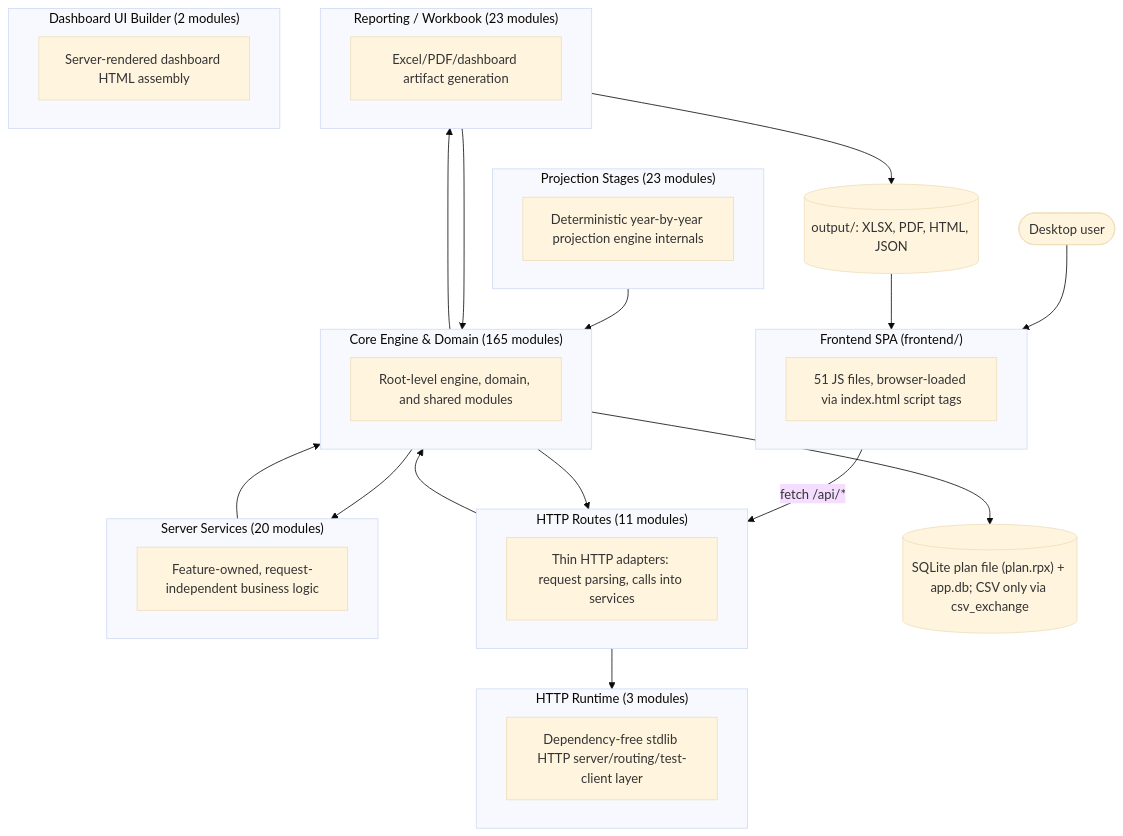
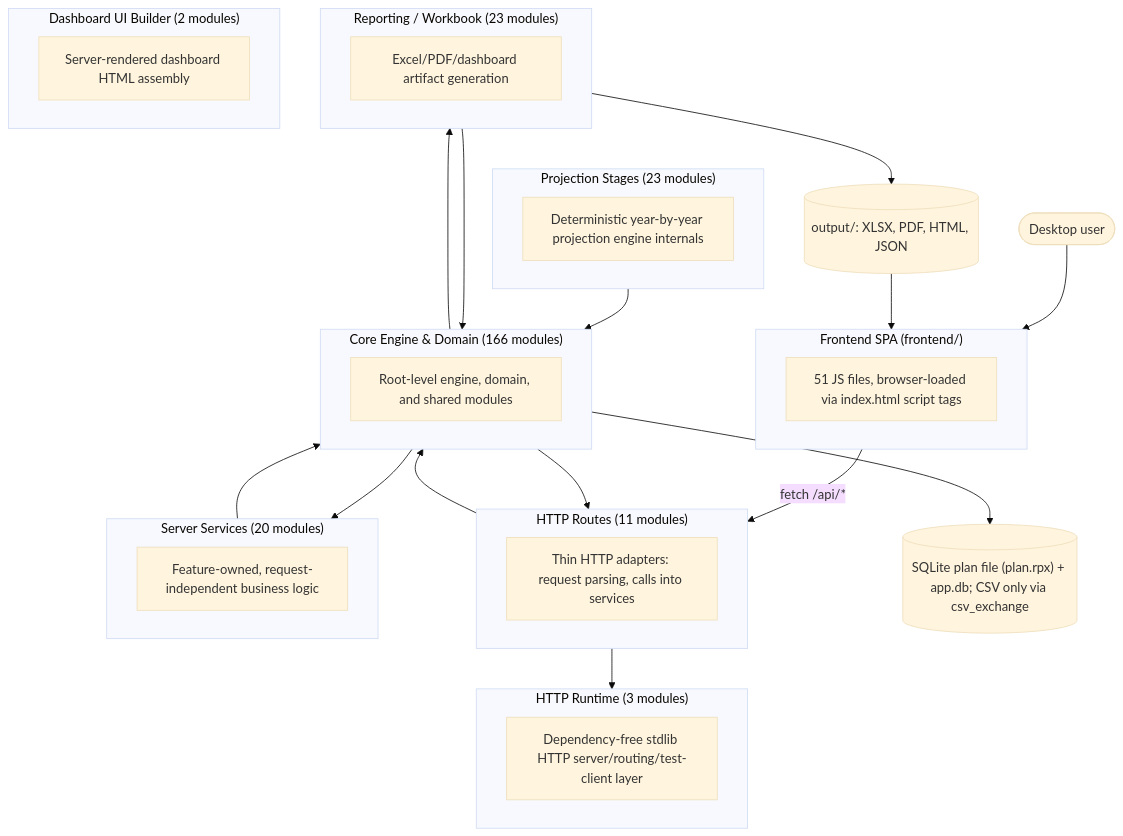
One commit to matthartzman/retirement_system changed the first of 2 diagrams in documentation/reference/SYSTEM_ARCHITECTURE_DIAGRAM.md. Above: the diagram before and after it, drawn with Mermaid (base theme). The commit also changed other lines of this file and 9 other files, not shown here.

````diff
--- a/documentation/reference/SYSTEM_ARCHITECTURE_DIAGRAM.md
+++ b/documentation/reference/SYSTEM_ARCHITECTURE_DIAGRAM.md
@@ -11,40 +11,40 @@
 ```mermaid
 flowchart TB
     User(["Desktop user"]) --> FE
     subgraph FE["Frontend SPA (frontend/)"]
         FEcount["51 JS files, browser-loaded via index.html script tags"]
     end
     FE -->|fetch /api/*| L_HTTP_Routes
     subgraph L_HTTP_Routes["HTTP Routes (11 modules)"]
         L_HTTP_Routes_d["Thin HTTP adapters: request parsing, calls into services"]
     end
     subgraph L_Server_Services["Server Services (20 modules)"]
         L_Server_Services_d["Feature-owned, request-independent business logic"]
     end
     subgraph L_HTTP_Runtime["HTTP Runtime (3 modules)"]
         L_HTTP_Runtime_d["Dependency-free stdlib HTTP server/routing/test-client layer"]
     end
-    subgraph L_Core_Engine___Domain["Core Engine & Domain (165 modules)"]
+    subgraph L_Core_Engine___Domain["Core Engine & Domain (166 modules)"]
         L_Core_Engine___Domain_d["Root-level engine, domain, and shared modules"]
     end
     subgraph L_Projection_Stages["Projection Stages (23 modules)"]
         L_Projection_Stages_d["Deterministic year-by-year projection engine internals"]
     end
     subgraph L_Reporting___Workbook["Reporting / Workbook (23 modules)"]
         L_Reporting___Workbook_d["Excel/PDF/dashboard artifact generation"]
     end
     subgraph L_Dashboard_UI_Builder["Dashboard UI Builder (2 modules)"]
         L_Dashboard_UI_Builder_d["Server-rendered dashboard HTML assembly"]
     end
     L_Core_Engine___Domain --> L_HTTP_Routes
     L_Core_Engine___Domain --> L_Reporting___Workbook
     L_Core_Engine___Domain --> L_Server_Services
     L_HTTP_Routes --> L_Core_Engine___Domain
     L_HTTP_Routes --> L_HTTP_Runtime
     L_Projection_Stages --> L_Core_Engine___Domain
     L_Reporting___Workbook --> L_Core_Engine___Domain
     L_Server_Services --> L_Core_Engine___Domain
     L_Core_Engine___Domain --> DB[("SQLite plan file (plan.rpx) + app.db; CSV only via csv_exchange")]
     L_Reporting___Workbook --> Outputs[("output/: XLSX, PDF, HTML, JSON")]
     Outputs --> FE
 ```
````
